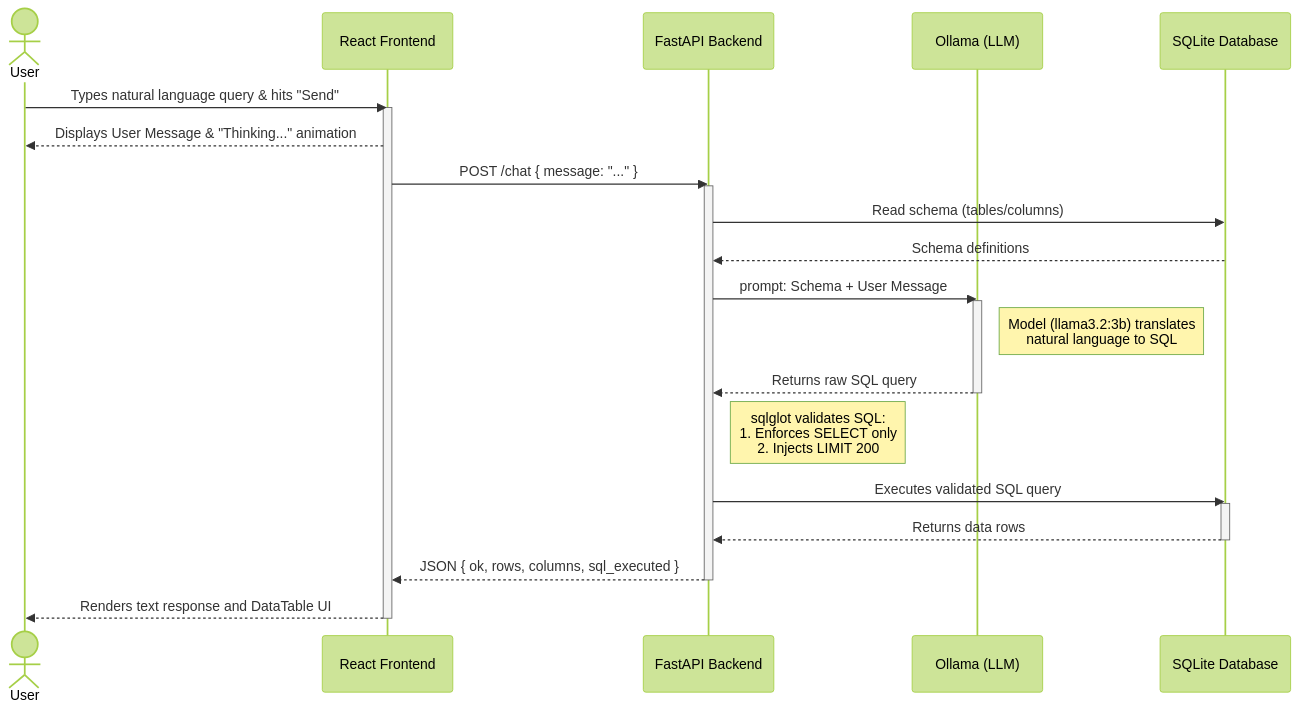
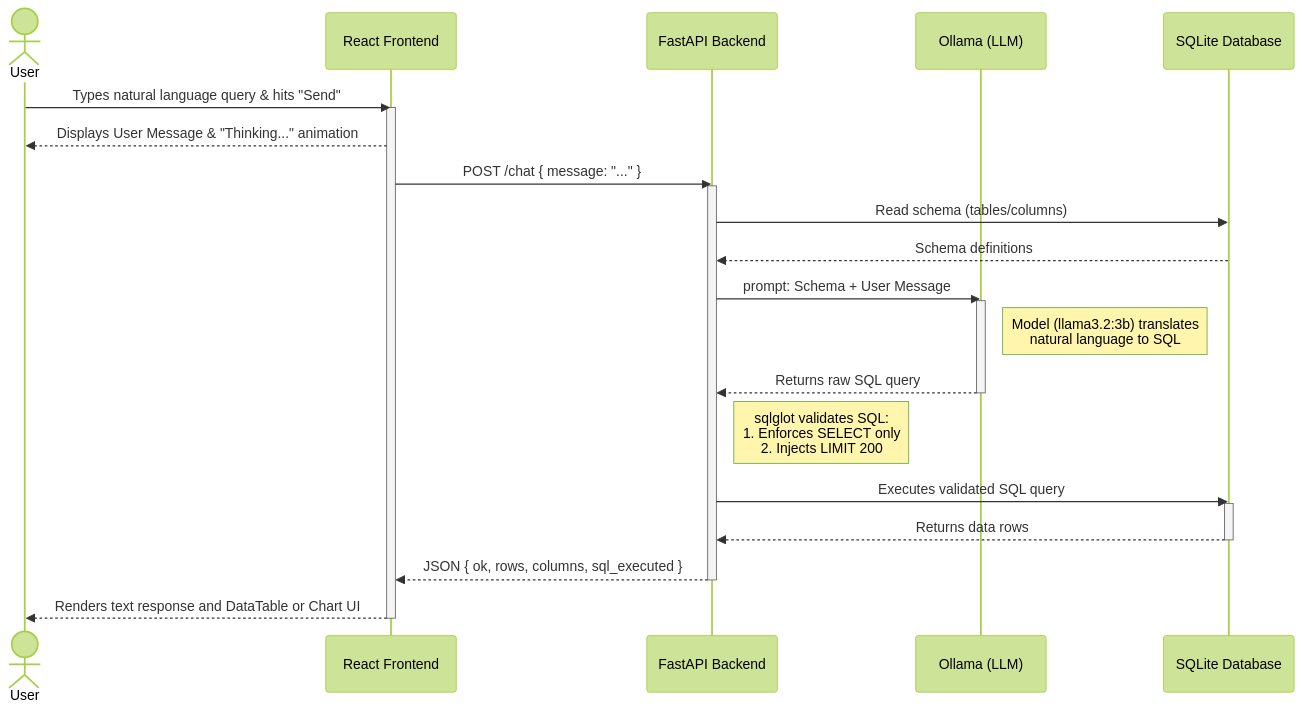
The diagram in Requirement/architecture_flow.md (faruqi02/LLM_Chatbot), drawn with Mermaid (forest theme) before and after one commit. The commit also changed other lines of this file and 13 other files, not shown here.

````diff
--- a/Requirement/architecture_flow.md
+++ b/Requirement/architecture_flow.md
@@ -9,37 +9,37 @@
 ```mermaid
 sequenceDiagram
     actor User
     participant React Frontend
     participant FastAPI Backend
     participant Ollama (LLM)
     participant SQLite Database
 
     User->>React Frontend: Types natural language query & hits "Send"
     
     activate React Frontend
     React Frontend-->>User: Displays User Message & "Thinking..." animation
     React Frontend->>FastAPI Backend: POST /chat { message: "..." }
     activate FastAPI Backend
     
     FastAPI Backend->>SQLite Database: Read schema (tables/columns)
     SQLite Database-->>FastAPI Backend: Schema definitions
     
     FastAPI Backend->>Ollama (LLM): prompt: Schema + User Message
     activate Ollama (LLM)
     Note right of Ollama (LLM): Model (llama3.2:3b) translates<br/>natural language to SQL
     Ollama (LLM)-->>FastAPI Backend: Returns raw SQL query
     deactivate Ollama (LLM)
     
     Note right of FastAPI Backend: sqlglot validates SQL:<br/>1. Enforces SELECT only<br/>2. Injects LIMIT 200
     
     FastAPI Backend->>SQLite Database: Executes validated SQL query
     activate SQLite Database
     SQLite Database-->>FastAPI Backend: Returns data rows
     deactivate SQLite Database
     
     FastAPI Backend-->>React Frontend: JSON { ok, rows, columns, sql_executed }
     deactivate FastAPI Backend
     
-    React Frontend-->>User: Renders text response and DataTable UI
+    React Frontend-->>User: Renders text response and DataTable or Chart UI
     deactivate React Frontend
 ```
````
